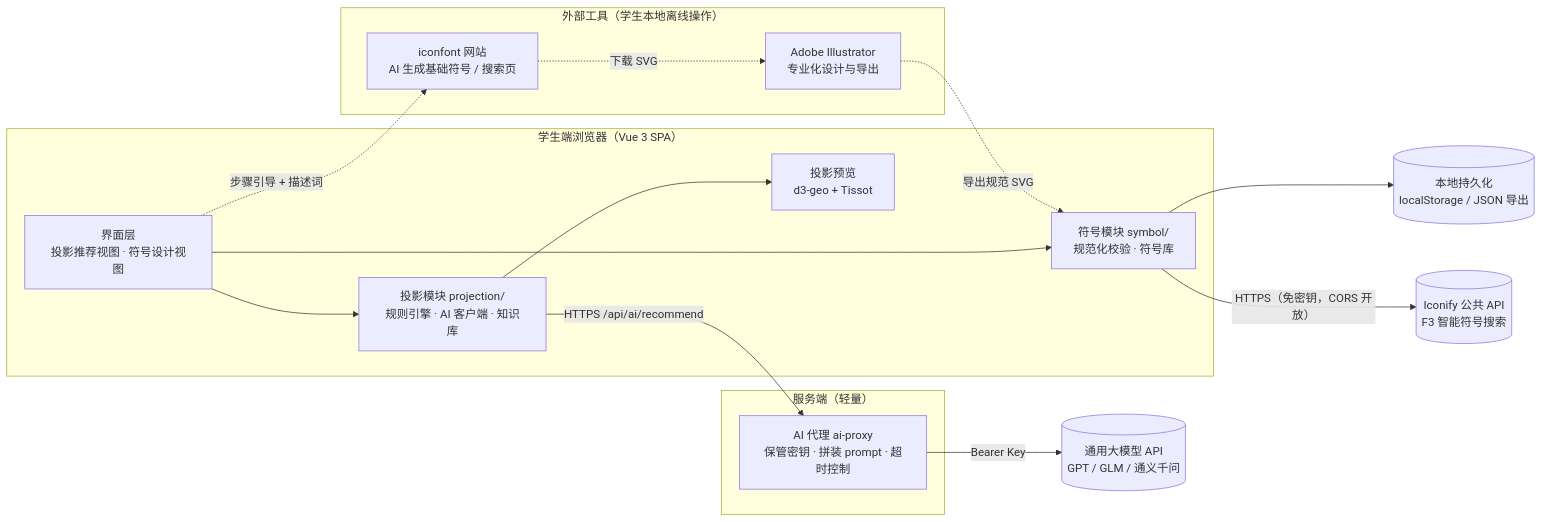
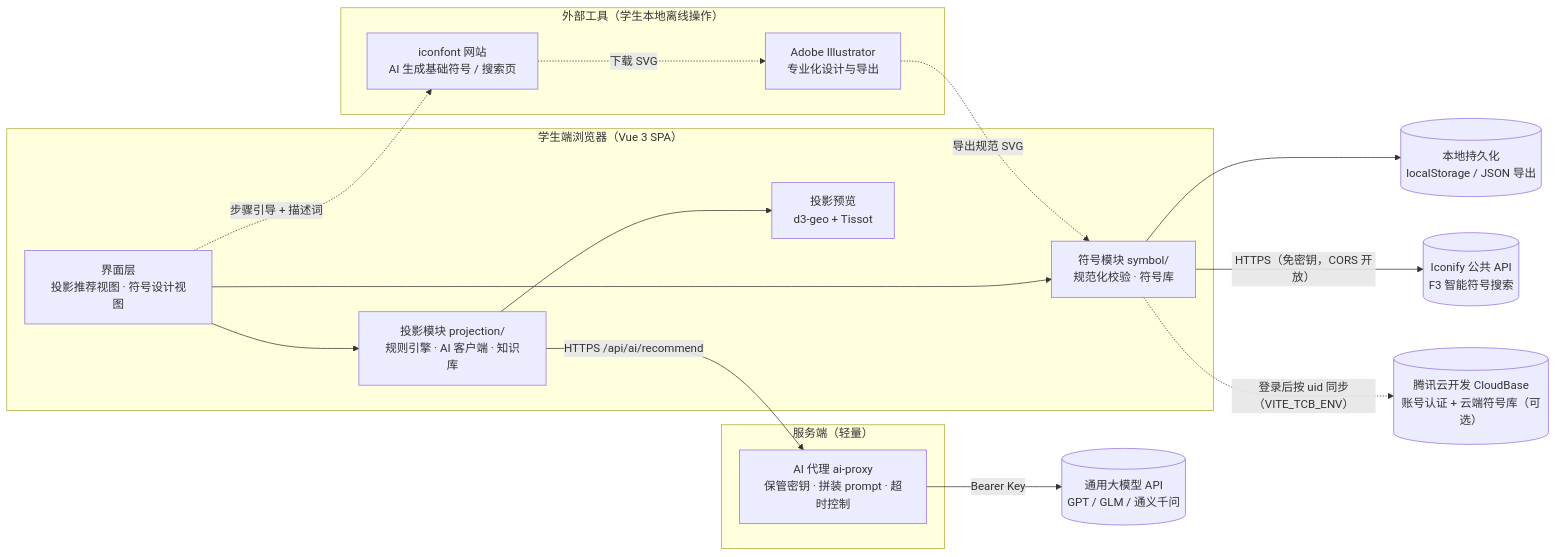
Before and after one commit to hqj00/studentmap: the diagram in spec/diagrams/system-architecture.mmd, drawn with Mermaid. The commit also changed 19 other files, not shown here.

Commit message:
feat: 账号注册登录与云端符号库（CloudBase，per-user 隔离，未配置时本地模式降级）

```diff
--- a/spec/diagrams/system-architecture.mmd
+++ b/spec/diagrams/system-architecture.mmd
@@ -1,32 +1,34 @@
 %% 学生端系统架构图 — 对应 spec/04-架构设计.md §1
 flowchart LR
   subgraph Client["学生端浏览器（Vue 3 SPA）"]
     UI["界面层<br/>投影推荐视图 · 符号设计视图"]
     PM["投影模块 projection/<br/>规则引擎 · AI 客户端 · 知识库"]
     SM["符号模块 symbol/<br/>规范化校验 · 符号库"]
     PV["投影预览<br/>d3-geo + Tissot"]
     UI --> PM
     UI --> SM
     PM --> PV
   end
 
   subgraph Server["服务端（轻量）"]
     AP["AI 代理 ai-proxy<br/>保管密钥 · 拼装 prompt · 超时控制"]
   end
 
   LLM[("通用大模型 API<br/>GPT / GLM / 通义千问")]
   LS[("本地持久化<br/>localStorage / JSON 导出")]
   IC[("Iconify 公共 API<br/>F3 智能符号搜索")]
+  CB[("腾讯云开发 CloudBase<br/>账号认证 + 云端符号库（可选）")]
 
   subgraph External["外部工具（学生本地离线操作）"]
     IF["iconfont 网站<br/>AI 生成基础符号 / 搜索页"]
     AI["Adobe Illustrator<br/>专业化设计与导出"]
   end
 
   PM -->|"HTTPS /api/ai/recommend"| AP
   AP -->|"Bearer Key"| LLM
   SM --> LS
   SM -->|"HTTPS（免密钥，CORS 开放）"| IC
+  SM -.->|"登录后按 uid 同步（VITE_TCB_ENV）"| CB
   UI -. "步骤引导 + 描述词" .-> IF
   IF -. "下载 SVG" .-> AI
   AI -. "导出规范 SVG" .-> SM
```
